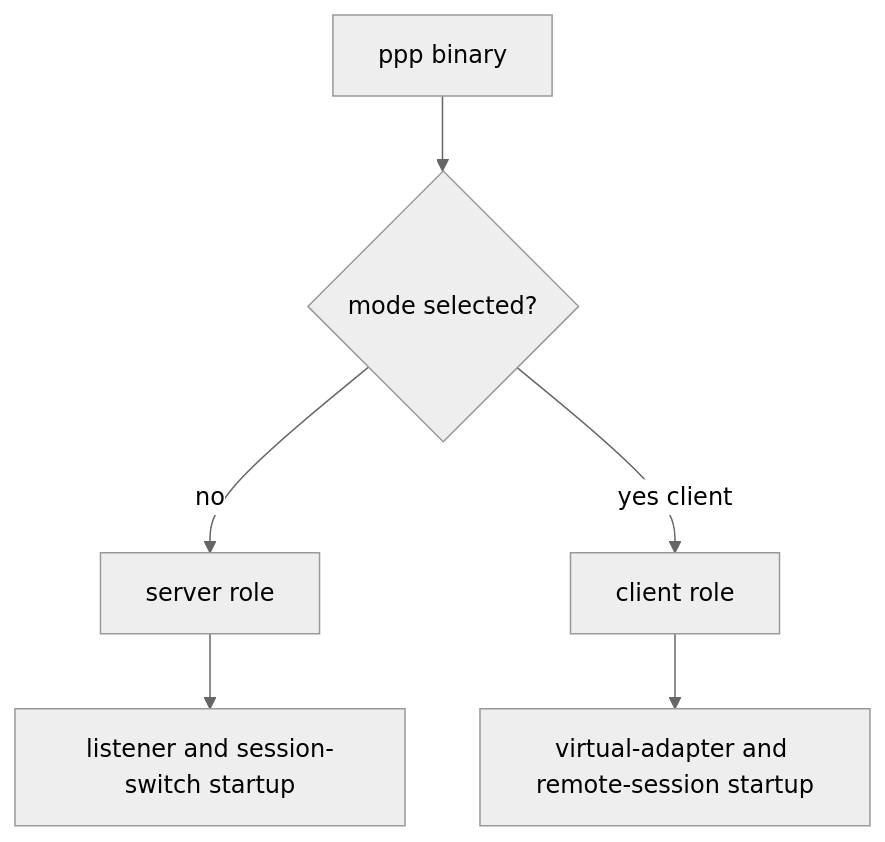
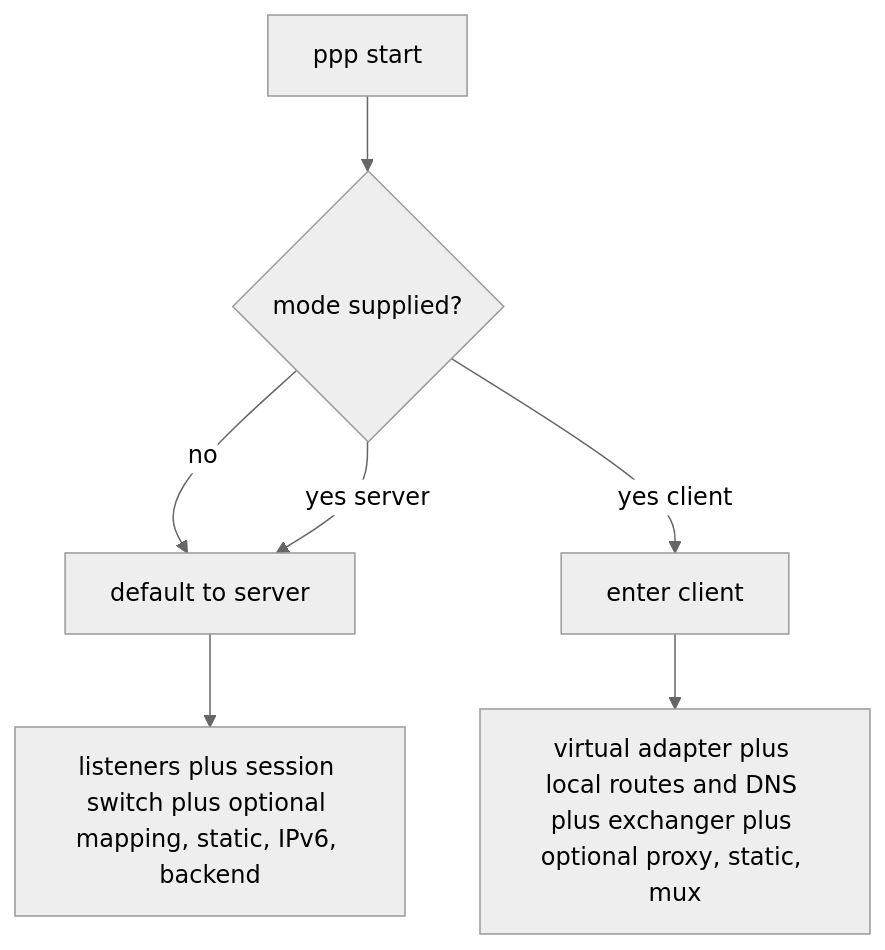
Before and after one commit to HyacinthHaru/openppp2: the second of 4 diagrams in docs/USER_MANUAL.md, drawn with Mermaid (neutral theme). The commit also changed other lines of this file and 15 other files, not shown here.

````diff
--- a/docs/USER_MANUAL.md
+++ b/docs/USER_MANUAL.md
@@ -51,8 +100,9 @@
 ```mermaid
 flowchart TD
-    A[ppp binary] --> B{mode selected?}
-    B -->|no| C[server role]
-    B -->|yes client| D[client role]
-    C --> E[listener and session-switch startup]
-    D --> F[virtual-adapter and remote-session startup]
+    A[ppp start] --> B{mode supplied?}
+    B -->|no| C[default to server]
+    B -->|yes client| D[enter client]
+    B -->|yes server| C
+    C --> E[listeners plus session switch plus optional mapping, static, IPv6, backend]
+    D --> F[virtual adapter plus local routes and DNS plus exchanger plus optional proxy, static, mux]
 ```
````
